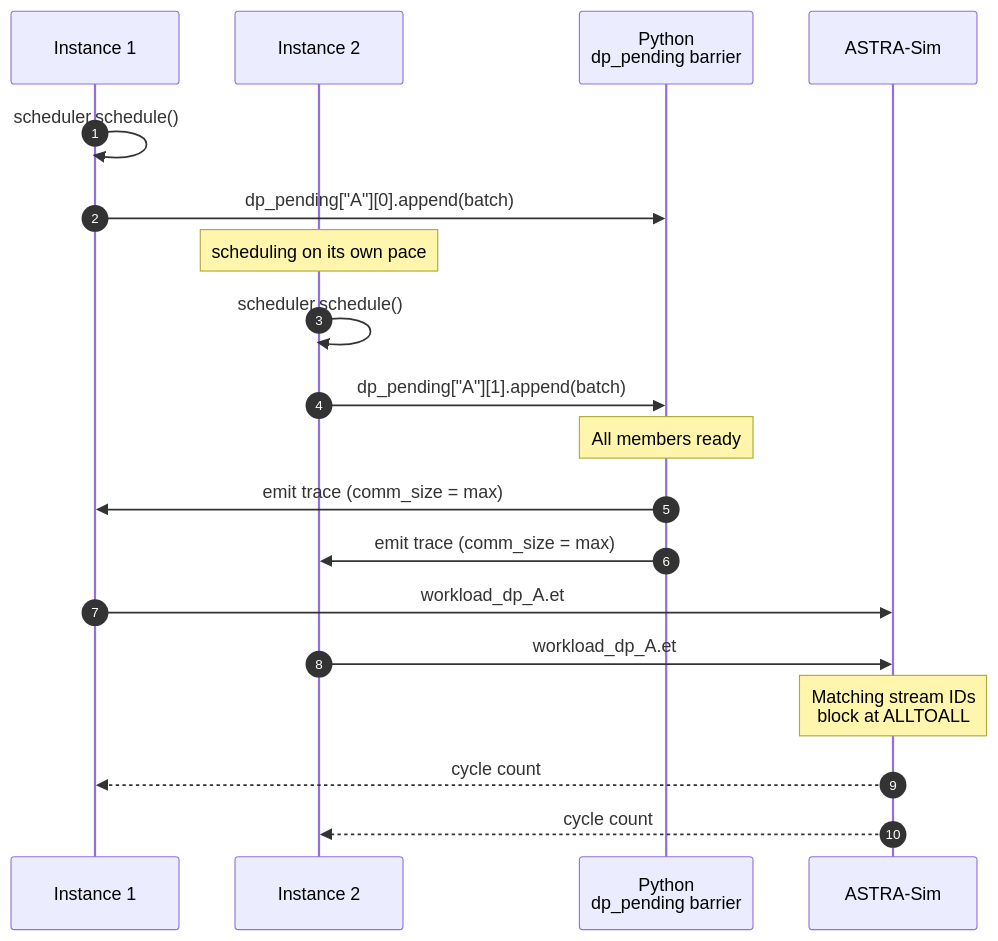
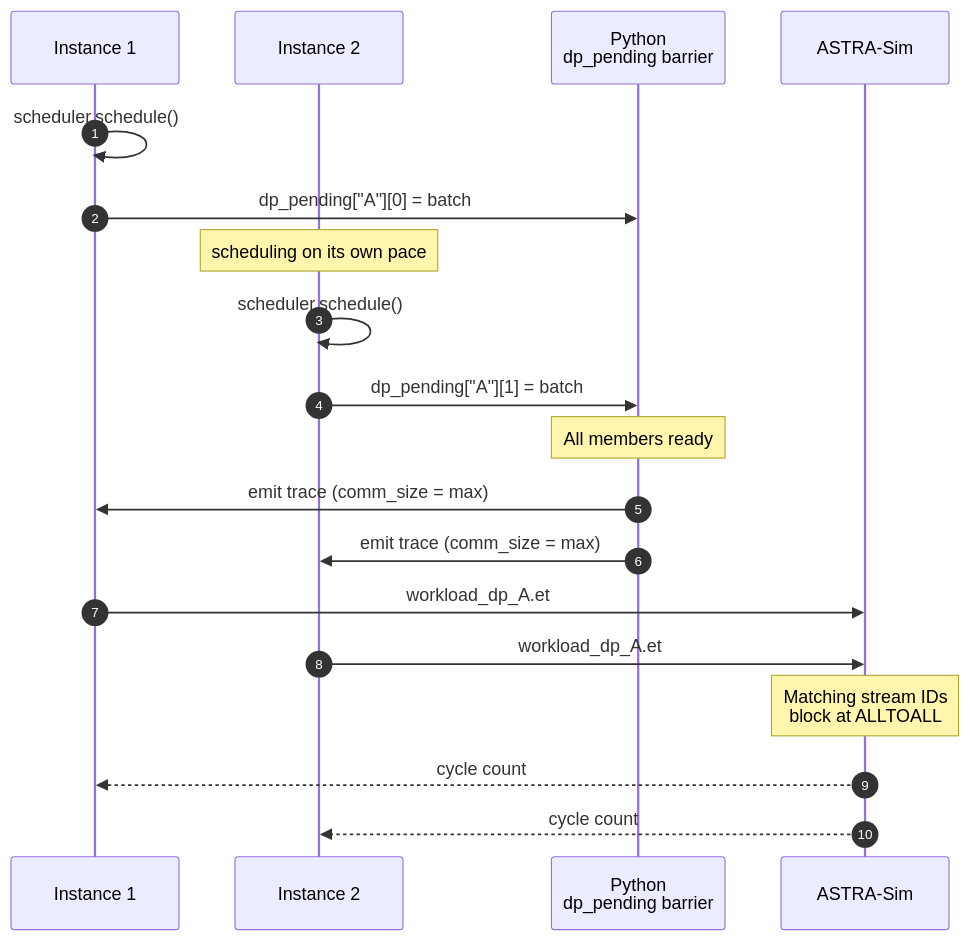
One commit to ahkanani/LLMServingSim changed the fifth of 5 diagrams in docs/docs/simulator/parallelism-mechanics.md. Above: the diagram before and after it, drawn with Mermaid. The commit also changed other lines of this file and 451 other files, not shown here.

````diff
--- a/docs/docs/simulator/parallelism-mechanics.md
+++ b/docs/docs/simulator/parallelism-mechanics.md
@@ -171,21 +151,21 @@
 ```mermaid
 sequenceDiagram
     autonumber
     participant I1 as Instance 1
     participant I2 as Instance 2
     participant DPB as Python<br/>dp_pending barrier
     participant A as ASTRA-Sim
     I1->>I1: scheduler.schedule()
-    I1->>DPB: dp_pending["A"][0].append(batch)
+    I1->>DPB: dp_pending["A"][0] = batch
     Note over I2: scheduling on its own pace
     I2->>I2: scheduler.schedule()
-    I2->>DPB: dp_pending["A"][1].append(batch)
+    I2->>DPB: dp_pending["A"][1] = batch
     Note over DPB: All members ready
     DPB->>I1: emit trace (comm_size = max)
     DPB->>I2: emit trace (comm_size = max)
     I1->>A: workload_dp_A.et
     I2->>A: workload_dp_A.et
     Note over A: Matching stream IDs<br/>block at ALLTOALL
     A-->>I1: cycle count
     A-->>I2: cycle count
 ```
````
